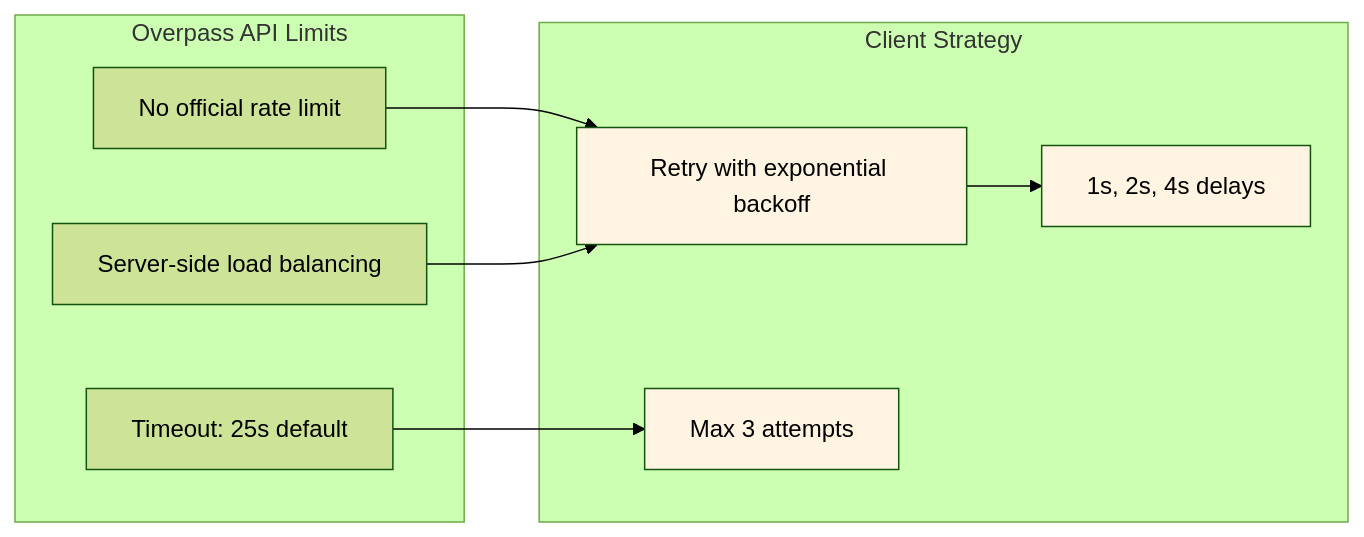
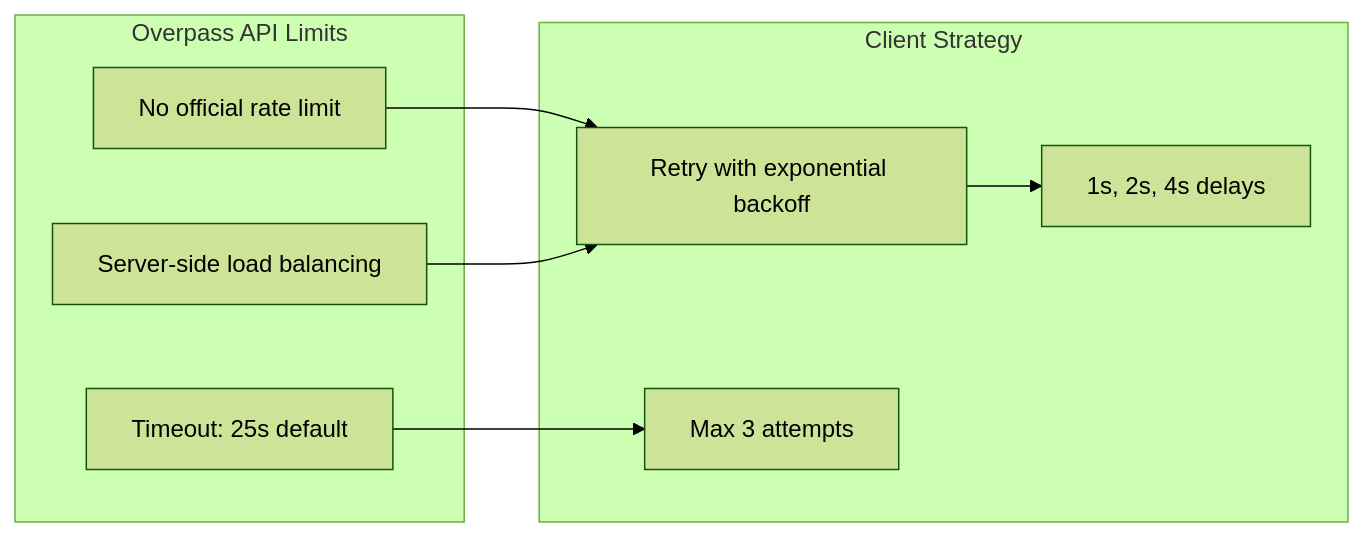
One commit to DaxServer/geocode-commons-categories changed the eighth of 19 diagrams in docs/import/api-interactions.md. Above: the diagram before and after it, drawn with Mermaid (forest theme). The commit also changed other lines of this file and 5 other files, not shown here.

````diff
--- a/docs/import/api-interactions.md
+++ b/docs/import/api-interactions.md
@@ -236,24 +218,21 @@
 ```mermaid
 graph LR
     subgraph "Overpass API Limits"
         L1[No official rate limit]
         L2[Server-side load balancing]
         L3[Timeout: 25s default]
     end
 
     subgraph "Client Strategy"
         S1[Retry with exponential backoff]
         S2[Max 3 attempts]
         S3[1s, 2s, 4s delays]
     end
 
     L1 --> S1
     L2 --> S1
     L3 --> S2
 
     S1 --> S3
 
-    style S1 fill:#fff4e1
-    style S2 fill:#fff4e1
-    style S3 fill:#fff4e1
 ```
````
